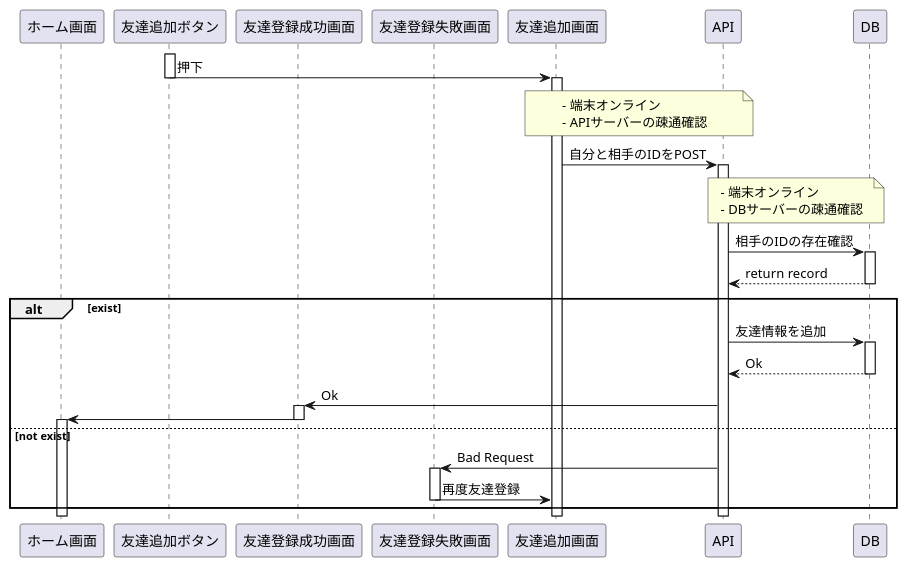
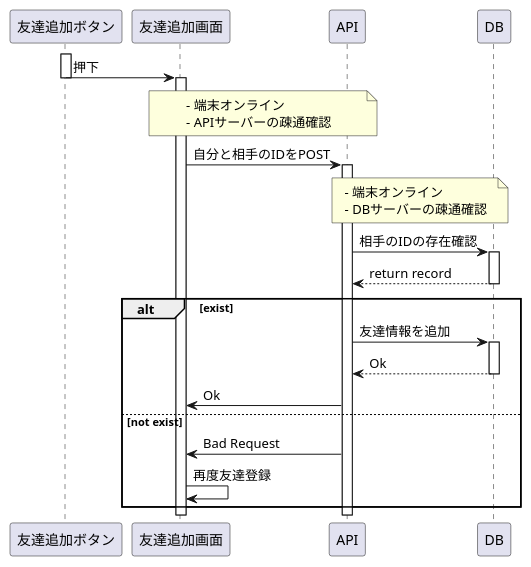
Before and after one commit to beaconFUN/FLAT-uml: the diagram in SequentialDiagram/addFriendFlow/add_friend.wsd, drawn with PlantUML. The commit also changed 1 other file, not shown here.

```diff
--- a/SequentialDiagram/addFriendFlow/add_friend.wsd
+++ b/SequentialDiagram/addFriendFlow/add_friend.wsd
@@ -1,30 +1,30 @@
 @startuml 友達追加フロー
 
-participant ホーム画面 order 10
+' participant ホーム画面 order 10
 participant 友達追加ボタン order 20
-participant 友達登録成功画面 order 30
-participant 友達登録失敗画面 order 40
+' participant 友達登録成功画面 order 30
+' participant 友達登録失敗画面 order 40
 participant 友達追加画面 order 50
 participant API order 60
 participant DB order 70
 
 activate 友達追加ボタン
 友達追加ボタン -> 友達追加画面 --++ : 押下
 note over 友達追加画面, API: - 端末オンライン\n- APIサーバーの疎通確認
 
 友達追加画面 -> API ++ : 自分と相手のIDをPOST
 
 note over API, DB: - 端末オンライン\n- DBサーバーの疎通確認
 API -> DB ++:相手のIDの存在確認
 return return record
 alt exist
     API -> DB ++: 友達情報を追加
     return Ok
-    API -> 友達登録成功画面 ++ : Ok
-    友達登録成功画面 -> ホーム画面 --++
+    API -> 友達追加画面 : Ok
+    ' 友達登録成功画面 -> ホーム画面 --++
 else not exist
-    API -> 友達登録失敗画面 ++ : Bad Request
-    友達登録失敗画面 -> 友達追加画面 --: 再度友達登録
+    API -> 友達追加画面 : Bad Request
+    友達追加画面 -> 友達追加画面 : 再度友達登録
 end
 
 @enduml
```
